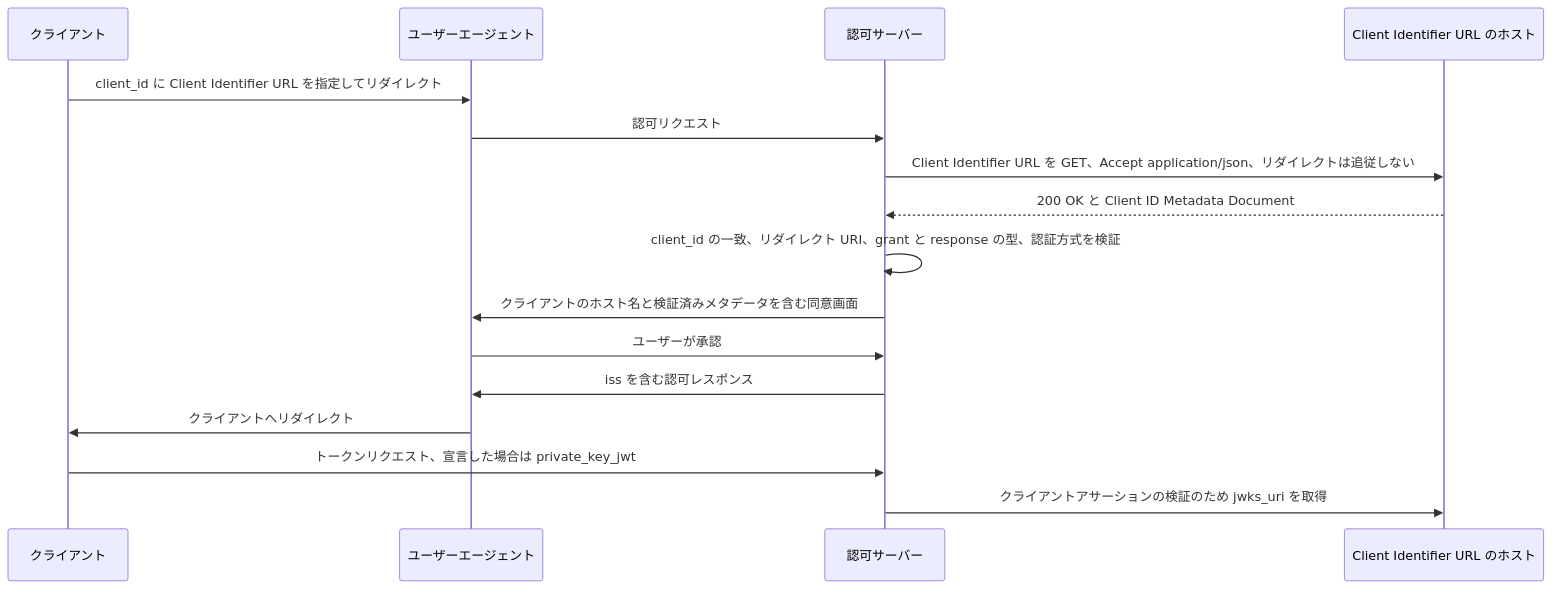
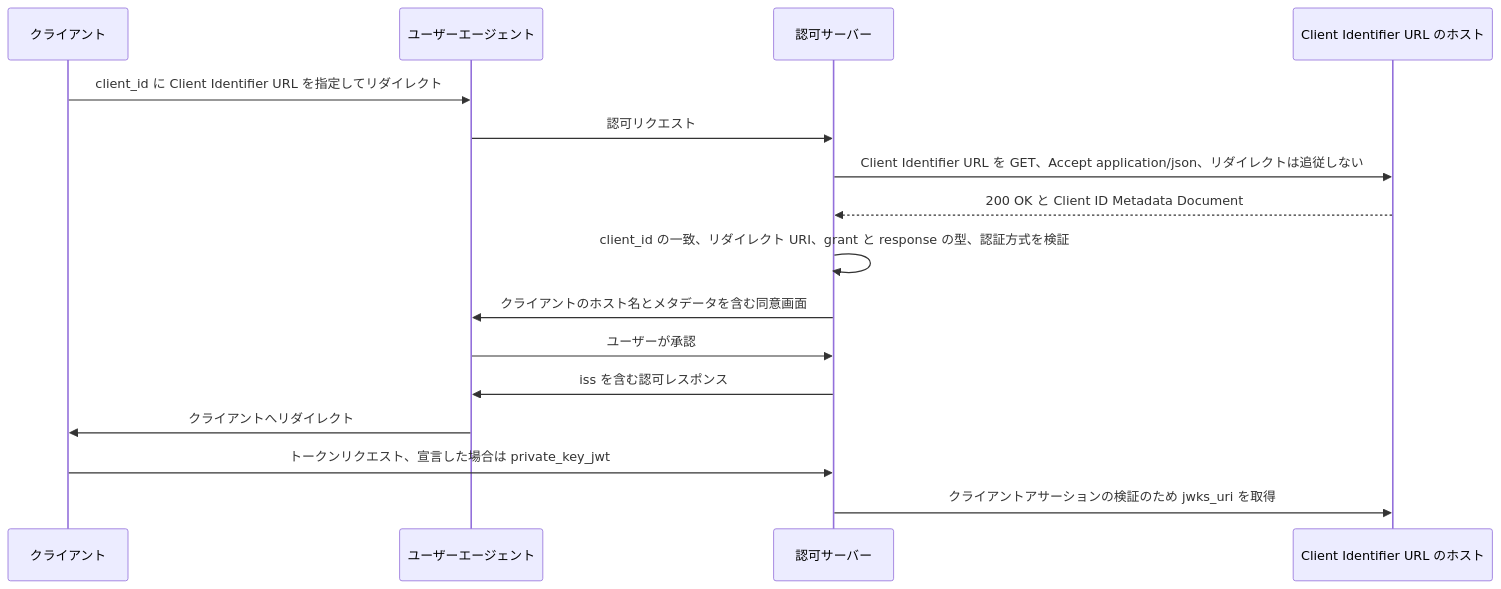
One commit to 0-draft/identity-deep-dive changed the diagram in tracks/oauth-wg/deep-dives/draft-ietf-oauth-client-id-metadata-document/README.ja.md. Above: the diagram before and after it, drawn with Mermaid. The commit also changed other lines of this file and 7 other files, not shown here.

````diff
--- a/tracks/oauth-wg/deep-dives/draft-ietf-oauth-client-id-metadata-document/README.ja.md
+++ b/tracks/oauth-wg/deep-dives/draft-ietf-oauth-client-id-metadata-document/README.ja.md
@@ -11,18 +11,18 @@
 ```mermaid
 sequenceDiagram
     participant C as クライアント
     participant U as ユーザーエージェント
     participant AS as 認可サーバー
     participant H as Client Identifier URL のホスト
     C->>U: client_id に Client Identifier URL を指定してリダイレクト
     U->>AS: 認可リクエスト
     AS->>H: Client Identifier URL を GET、Accept application/json、リダイレクトは追従しない
     H-->>AS: 200 OK と Client ID Metadata Document
     AS->>AS: client_id の一致、リダイレクト URI、grant と response の型、認証方式を検証
-    AS->>U: クライアントのホスト名と検証済みメタデータを含む同意画面
+    AS->>U: クライアントのホスト名とメタデータを含む同意画面
     U->>AS: ユーザーが承認
     AS->>U: iss を含む認可レスポンス
     U->>C: クライアントへリダイレクト
     C->>AS: トークンリクエスト、宣言した場合は private_key_jwt
     AS->>H: クライアントアサーションの検証のため jwks_uri を取得
 ```
````
